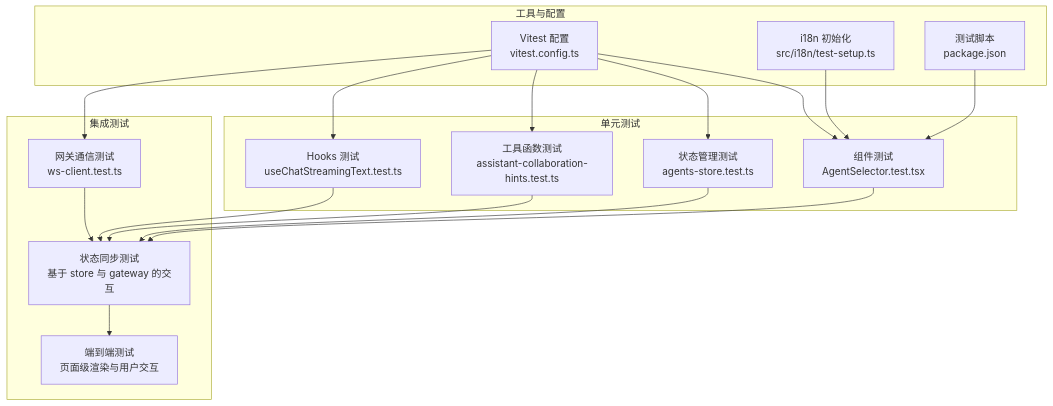
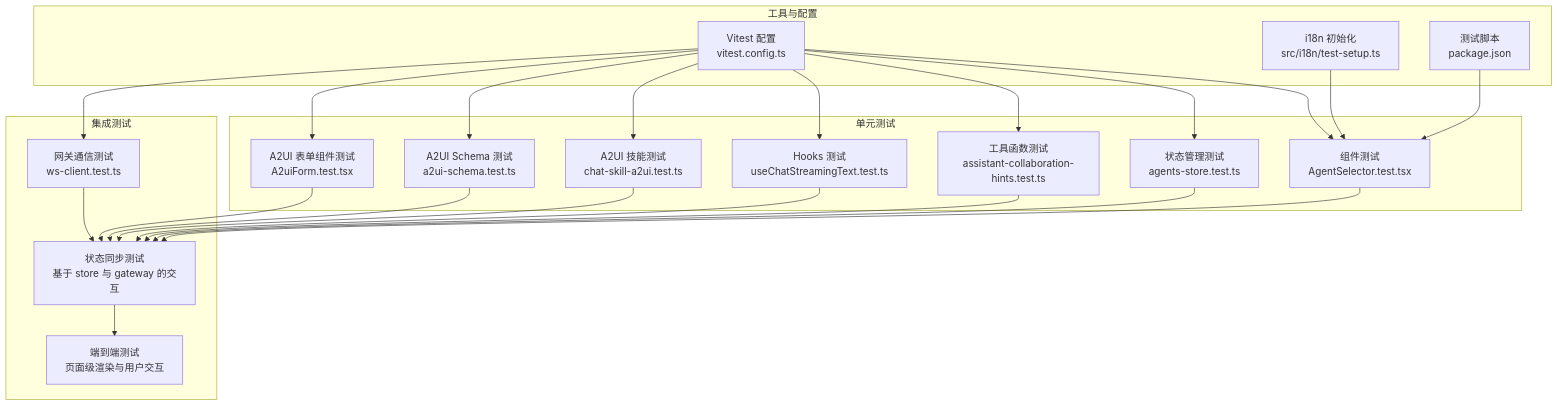
Before and after one commit to WW-AI-Lab/openclaw-office: the second of 7 diagrams in .qoder/repowiki/zh/content/测试策略/测试策略.md, drawn with Mermaid. The commit also changed other lines of this file and 36 other files, not shown here.

````diff
--- a/.qoder/repowiki/zh/content/测试策略/测试策略.md
+++ b/.qoder/repowiki/zh/content/测试策略/测试策略.md
@@ -84,32 +98,41 @@
 ```mermaid
 graph TB
 subgraph "单元测试"
 U1["组件测试<br/>AgentSelector.test.tsx"]
 U2["状态管理测试<br/>agents-store.test.ts"]
 U3["工具函数测试<br/>assistant-collaboration-hints.test.ts"]
 U4["Hooks 测试<br/>useChatStreamingText.test.ts"]
+U5["A2UI 技能测试<br/>chat-skill-a2ui.test.ts"]
+U6["A2UI Schema 测试<br/>a2ui-schema.test.ts"]
+U7["A2UI 表单组件测试<br/>A2uiForm.test.tsx"]
 end
 subgraph "集成测试"
 I1["网关通信测试<br/>ws-client.test.ts"]
 I2["状态同步测试<br/>基于 store 与 gateway 的交互"]
 I3["端到端测试<br/>页面级渲染与用户交互"]
 end
 subgraph "工具与配置"
 T1["Vitest 配置<br/>vitest.config.ts"]
 T2["i18n 初始化<br/>src/i18n/test-setup.ts"]
 T3["测试脚本<br/>package.json"]
 end
 U1 --> I2
 U2 --> I2
 U3 --> I2
 U4 --> I2
+U5 --> I2
+U6 --> I2
+U7 --> I2
 I1 --> I2
 I2 --> I3
 T1 --> U1
 T1 --> U2
 T1 --> U3
 T1 --> U4
+T1 --> U5
+T1 --> U6
+T1 --> U7
 T1 --> I1
 T2 --> U1
 T3 --> U1
 ```
````
